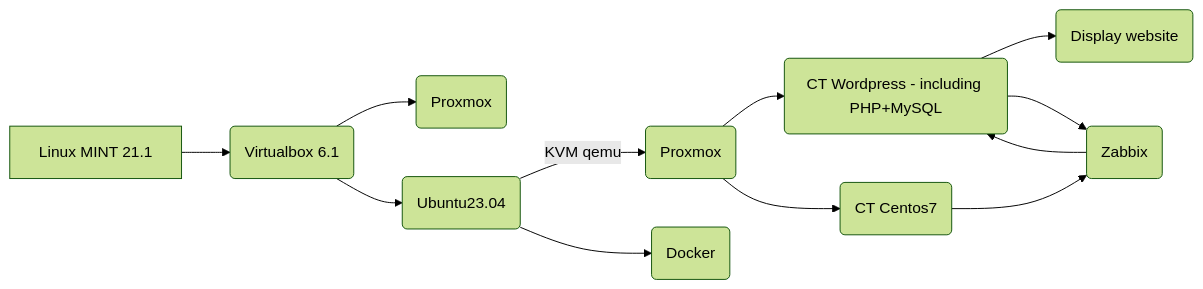
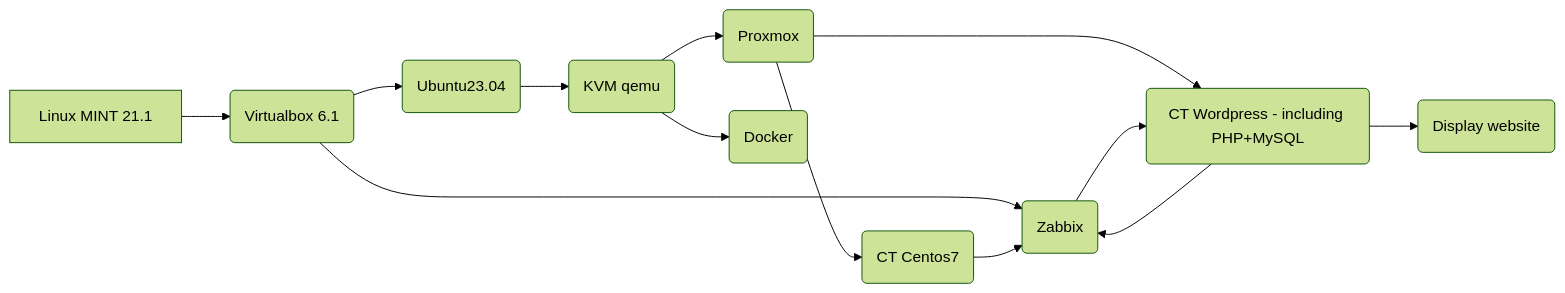
The diagram in Project.md (DanyAAD90/DevOps_junior_Wordpress), drawn with Mermaid (forest theme) before and after one commit.

````diff
--- a/Project.md
+++ b/Project.md
@@ -3,14 +3,15 @@
 ```mermaid
 graph LR
 A[Linux MINT 21.1] --> B(Virtualbox 6.1)
 B --> J(Proxmox)
 B --> C(Ubuntu23.04)
-C -- KVM qemu --> D(Proxmox)
-D --> E(CT Wordpress - including PHP+MySQL)
-E --> G(Display website)
-C --> F(Docker)
-D --> H(CT Centos7)
-H --> I(Zabbix)
-I --> E
-E --> I
+C --> D(KVM qemu)
+D --> E(Proxmox)
+E --> F(CT Wordpress - including PHP+MySQL)
+F --> H(Display website)
+D --> G(Docker)
+E --> I(CT Centos7)
+I --> J(Zabbix)
+J --> F
+F --> J
 ```
````
